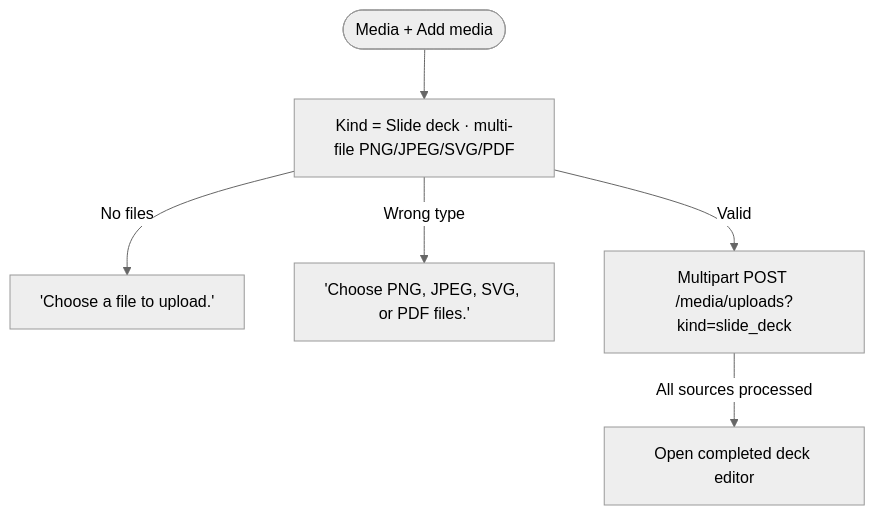
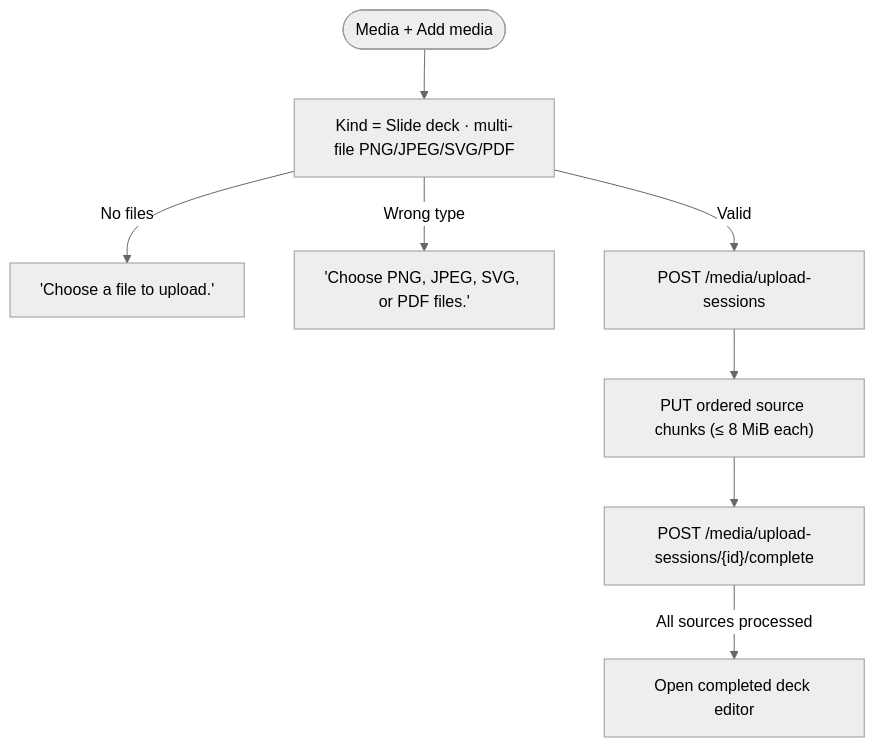
Before and after one commit to xilefmusics/worshipviewer: diagram 52 of 57 in docs/architecture/frontend-user-flows.md, drawn with Mermaid (neutral theme). The commit also changed other lines of this file and 24 other files, not shown here.

First line of the commit message:
Restore HTTP/1.1 and chunk large media uploads (#300)

````diff
--- a/docs/architecture/frontend-user-flows.md
+++ b/docs/architecture/frontend-user-flows.md
@@ -929,8 +929,10 @@
 ```mermaid
 flowchart TD
     fab(["Media + Add media"]) --> dlg["Kind = Slide deck · multi-file PNG/JPEG/SVG/PDF"]
     dlg -->|No files| guard["'Choose a file to upload.'"]
     dlg -->|Wrong type| type["'Choose PNG, JPEG, SVG, or PDF files.'"]
-    dlg -->|Valid| create["Multipart POST /media/uploads?kind=slide_deck"]
-    create -->|All sources processed| editor["Open completed deck editor"]
+    dlg -->|Valid| begin["POST /media/upload-sessions"]
+    begin --> chunks["PUT ordered source chunks (≤ 8 MiB each)"]
+    chunks --> complete["POST /media/upload-sessions/{id}/complete"]
+    complete -->|All sources processed| editor["Open completed deck editor"]
 ```
````
